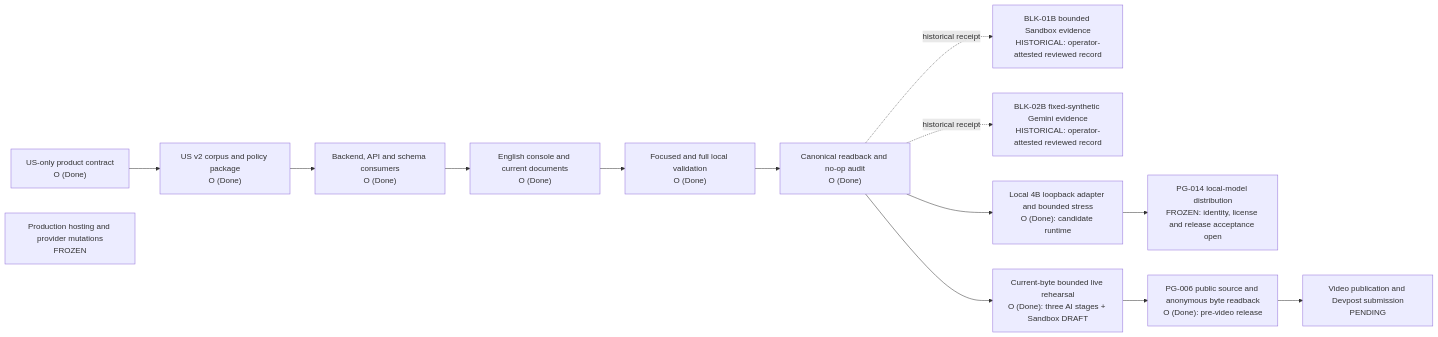
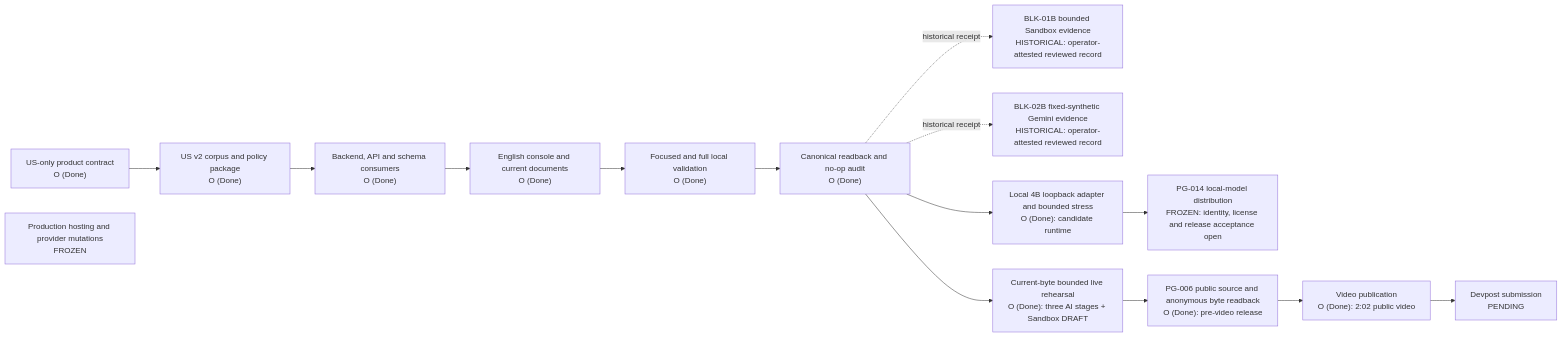
Before and after one commit to jiarong0423/payguard-ai: the first of 3 diagrams in docs/decisions/2026Q4/architecture.md, drawn with Mermaid. The commit also changed other lines of this file and 25 other files, not shown here.

Commit message:
Align PayGuard demo source with public video

````diff
--- a/docs/decisions/2026Q4/architecture.md
+++ b/docs/decisions/2026Q4/architecture.md
@@ -24,16 +24,17 @@
 ```mermaid
 flowchart LR
   A["US-only product contract<br/>O (Done)"] --> B["US v2 corpus and policy package<br/>O (Done)"]
   B --> C["Backend, API and schema consumers<br/>O (Done)"]
   C --> D["English console and current documents<br/>O (Done)"]
   D --> E["Focused and full local validation<br/>O (Done)"]
   E --> F["Canonical readback and no-op audit<br/>O (Done)"]
   F -. historical receipt .-> G["BLK-01B bounded Sandbox evidence<br/>HISTORICAL: operator-attested reviewed record"]
   F -. historical receipt .-> H["BLK-02B fixed-synthetic Gemini evidence<br/>HISTORICAL: operator-attested reviewed record"]
   F --> K["Local 4B loopback adapter and bounded stress<br/>O (Done): candidate runtime"]
   K --> L["PG-014 local-model distribution<br/>FROZEN: identity, license and release acceptance open"]
   F --> N["Current-byte bounded live rehearsal<br/>O (Done): three AI stages + Sandbox DRAFT"]
   N --> I["PG-006 public source and anonymous byte readback<br/>O (Done): pre-video release"]
-  I --> M["Video publication and Devpost submission<br/>PENDING"]
+  I --> M["Video publication<br/>O (Done): 2:02 public video"]
+  M --> P["Devpost submission<br/>PENDING"]
   J["Production hosting and provider mutations<br/>FROZEN"]
 ```
````
